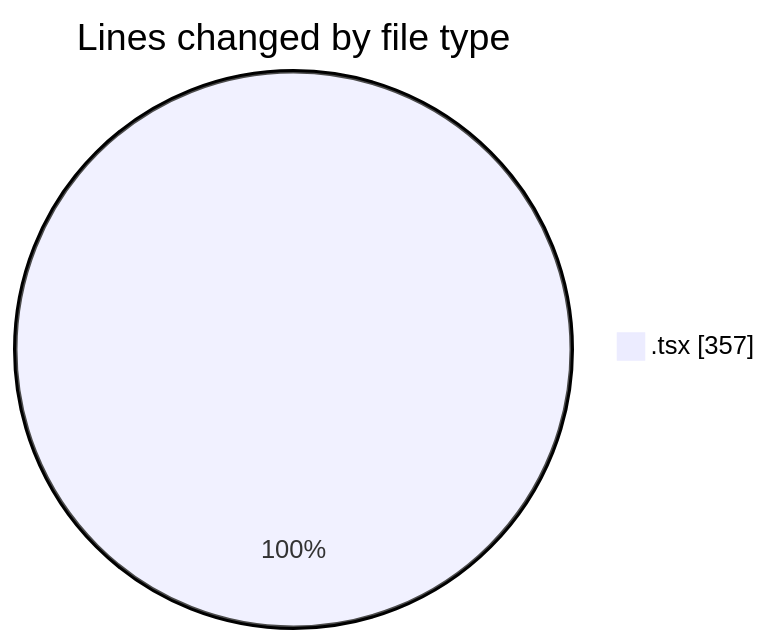
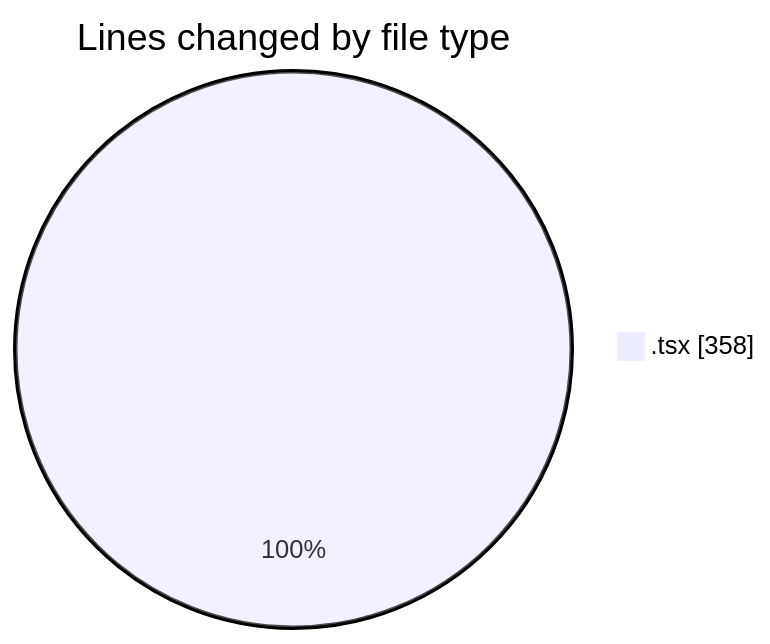
One commit to JenPaints/code-tracking changed the first of 2 diagrams in 2025-05-28/kimberly-groups/README.md. Above: the diagram before and after it, drawn with Mermaid. The commit also changed other lines of this file and 1 other file, not shown here.

````diff
--- a/2025-05-28/kimberly-groups/README.md
+++ b/2025-05-28/kimberly-groups/README.md
@@ -23,5 +23,5 @@
 ```mermaid
 pie showData
 title Lines changed by file type
-".tsx" : 357
+".tsx" : 358
 ```
````
